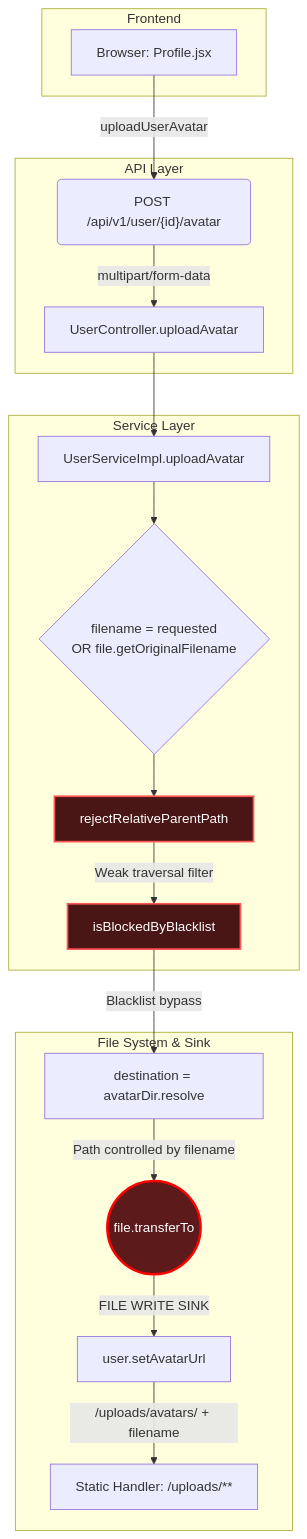
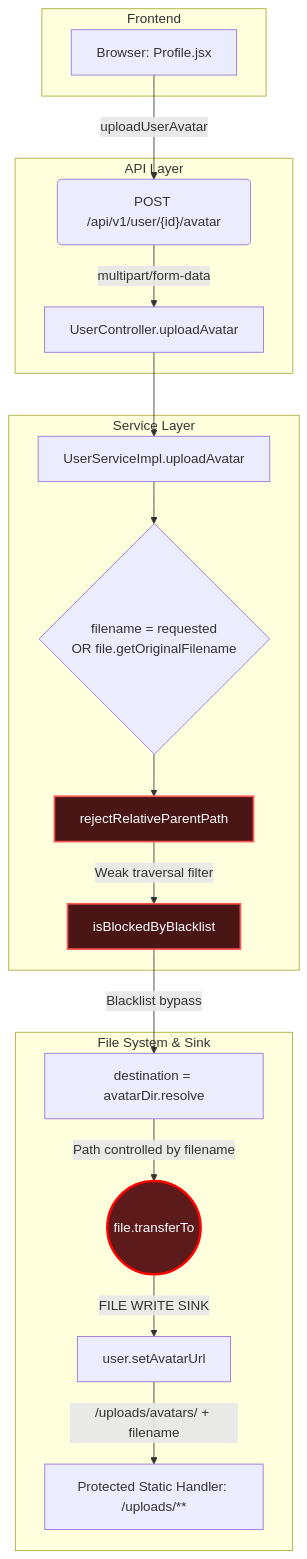
The diagram in Report/Weblab All Vulnerabilities.md (tr1la/WebLab_KTVAirline), drawn with Mermaid before and after one commit. The commit also changed other lines of this file and 4 other files, not shown here.

````diff
--- a/Report/Weblab All Vulnerabilities.md
+++ b/Report/Weblab All Vulnerabilities.md
@@ -23,44 +23,44 @@
 ```mermaid
 graph TD
     subgraph Frontend
         A["Browser: Profile.jsx"]
     end
 
     subgraph API Layer
         B("POST /api/v1/user/{id}/avatar")
         C["UserController.uploadAvatar"]
     end
 
     subgraph Service Layer
         D["UserServiceImpl.uploadAvatar"]
         E{"filename = requested <br> OR file.getOriginalFilename"}
         F["rejectRelativeParentPath"]
         G["isBlockedByBlacklist"]
     end
 
     subgraph File System & Sink
         H["destination = avatarDir.resolve"]
         I(("file.transferTo"))
         J["user.setAvatarUrl"]
-        K["Static Handler: /uploads/**"]
+        K["Protected Static Handler: /uploads/**"]
     end
 
     %% Luồng dữ liệu và Ghi chú Lỗ hổng
     A -->|uploadUserAvatar| B
     B -->|multipart/form-data| C
     C --> D
     D --> E
     E --> F
     F -->|Weak traversal filter| G
     G -->|Blacklist bypass| H
     H -->|Path controlled by filename| I
     I -->|FILE WRITE SINK| J
     J -->|/uploads/avatars/ + filename| K
 
     %% Đổ màu (Styling) để highlight lỗ hổng cho Report
     classDef vuln fill:#4a1515,stroke:#ff5555,stroke-width:2px,color:#fff;
     classDef sink fill:#5c1a1a,stroke:#ff0000,stroke-width:3px,color:#fff;
     
     class F,G vuln;
     class I sink;
 ```
````
